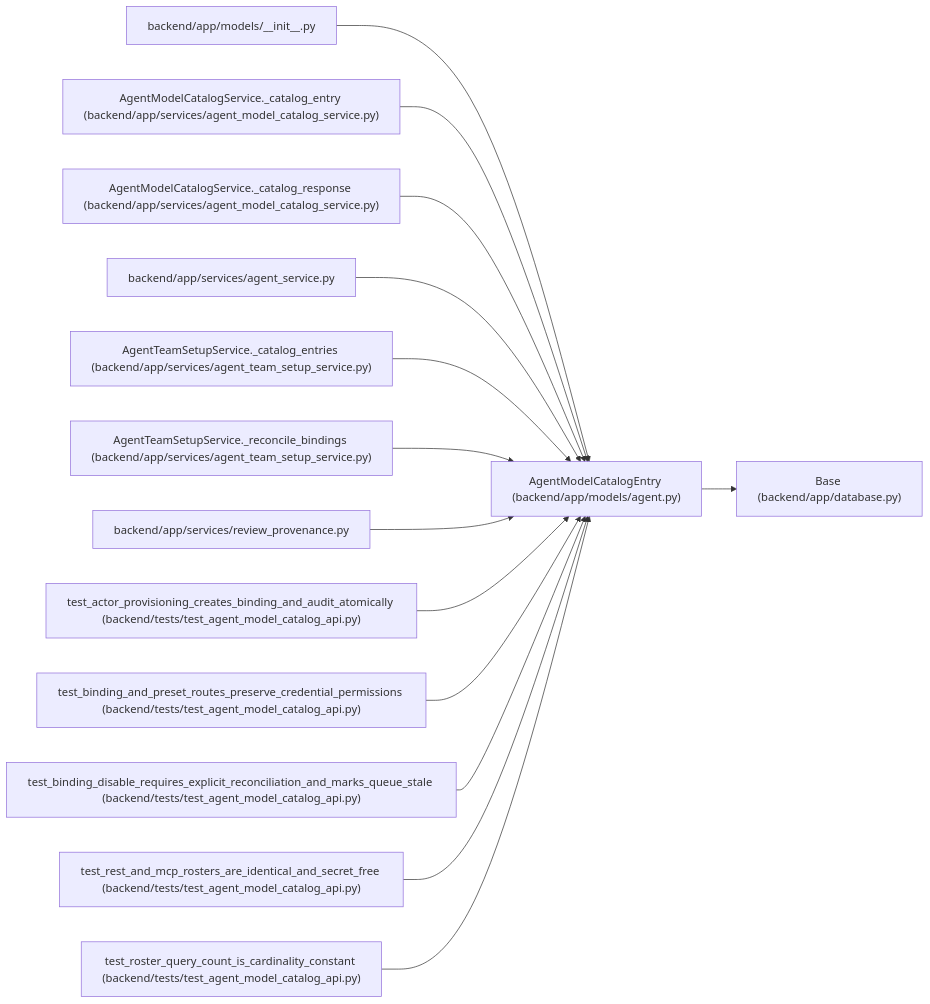
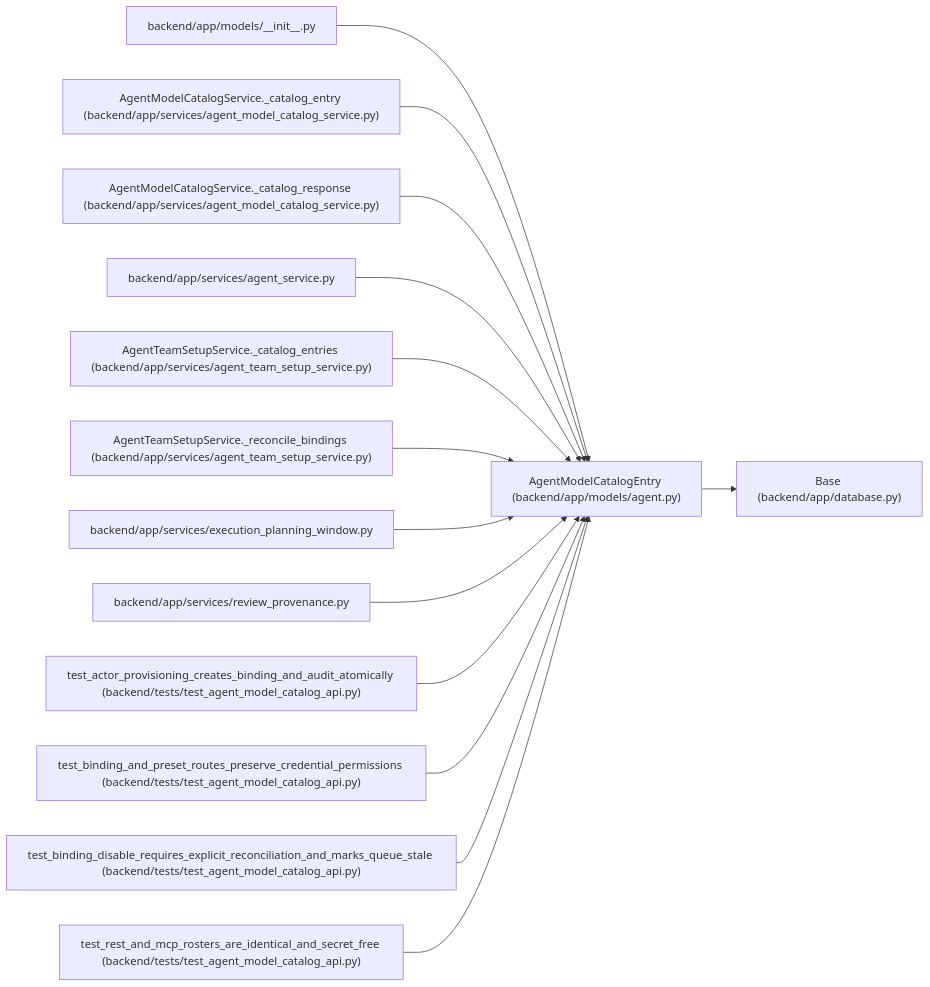
One commit to Denissvgn/WorkChord changed the diagram in docs/llm_wiki/entities/models_agent_AgentModelCatalogEntry.md. Above: the diagram before and after it, drawn with Mermaid. The commit also changed other lines of this file and 868 other files, not shown here.

Commit message:
Document authenticated planning-window recovery and retained worker evidence

````diff
--- a/docs/llm_wiki/entities/models_agent_AgentModelCatalogEntry.md
+++ b/docs/llm_wiki/entities/models_agent_AgentModelCatalogEntry.md
@@ -40,44 +40,44 @@
 ```mermaid
 flowchart LR
     n0["AgentModelCatalogEntry (backend/app/models/agent.py)"]
     n1["Base (backend/app/database.py)"]
     n2["backend/app/models/__init__.py"]
     n3["AgentModelCatalogService._catalog_entry (backend/app/services/agent_model_catalog_service.py)"]
     n4["AgentModelCatalogService._catalog_response (backend/app/services/agent_model_catalog_service.py)"]
     n5["backend/app/services/agent_service.py"]
     n6["AgentTeamSetupService._catalog_entries (backend/app/services/agent_team_setup_service.py)"]
     n7["AgentTeamSetupService._reconcile_bindings (backend/app/services/agent_team_setup_service.py)"]
-    n8["backend/app/services/review_provenance.py"]
-    n9["test_actor_provisioning_creates_binding_and_audit_atomically (backend/tests/test_agent_model_catalog_api.py)"]
-    n10["test_binding_and_preset_routes_preserve_credential_permissions (backend/tests/test_agent_model_catalog_api.py)"]
-    n11["test_binding_disable_requires_explicit_reconciliation_and_marks_queue_stale (backend/tests/test_agent_model_catalog_api.py)"]
-    n12["test_rest_and_mcp_rosters_are_identical_and_secret_free (backend/tests/test_agent_model_catalog_api.py)"]
-    n13["test_roster_query_count_is_cardinality_constant (backend/tests/test_agent_model_catalog_api.py)"]
+    n8["backend/app/services/execution_planning_window.py"]
+    n9["backend/app/services/review_provenance.py"]
+    n10["test_actor_provisioning_creates_binding_and_audit_atomically (backend/tests/test_agent_model_catalog_api.py)"]
+    n11["test_binding_and_preset_routes_preserve_credential_permissions (backend/tests/test_agent_model_catalog_api.py)"]
+    n12["test_binding_disable_requires_explicit_reconciliation_and_marks_queue_stale (backend/tests/test_agent_model_catalog_api.py)"]
+    n13["test_rest_and_mcp_rosters_are_identical_and_secret_free (backend/tests/test_agent_model_catalog_api.py)"]
     n0 --> n1
     n2 --> n0
     n3 --> n0
     n4 --> n0
     n5 --> n0
     n6 --> n0
     n7 --> n0
     n8 --> n0
     n9 --> n0
     n10 --> n0
     n11 --> n0
     n12 --> n0
     n13 --> n0
     click n0 "../modules/models_agent.md"
     click n1 "../modules/app_database.md"
     click n2 "../modules/models___init__.md"
     click n3 "../modules/agent_model_catalog_service.md"
     click n4 "../modules/agent_model_catalog_service.md"
     click n5 "../modules/agent_service.md"
     click n6 "../modules/agent_team_setup_service.md"
     click n7 "../modules/agent_team_setup_service.md"
-    click n8 "../modules/review_provenance.md"
-    click n9 "../modules/test_agent_model_catalog_api.md"
+    click n8 "../modules/execution_planning_window.md"
+    click n9 "../modules/review_provenance.md"
     click n10 "../modules/test_agent_model_catalog_api.md"
     click n11 "../modules/test_agent_model_catalog_api.md"
     click n12 "../modules/test_agent_model_catalog_api.md"
     click n13 "../modules/test_agent_model_catalog_api.md"
 ```
````
